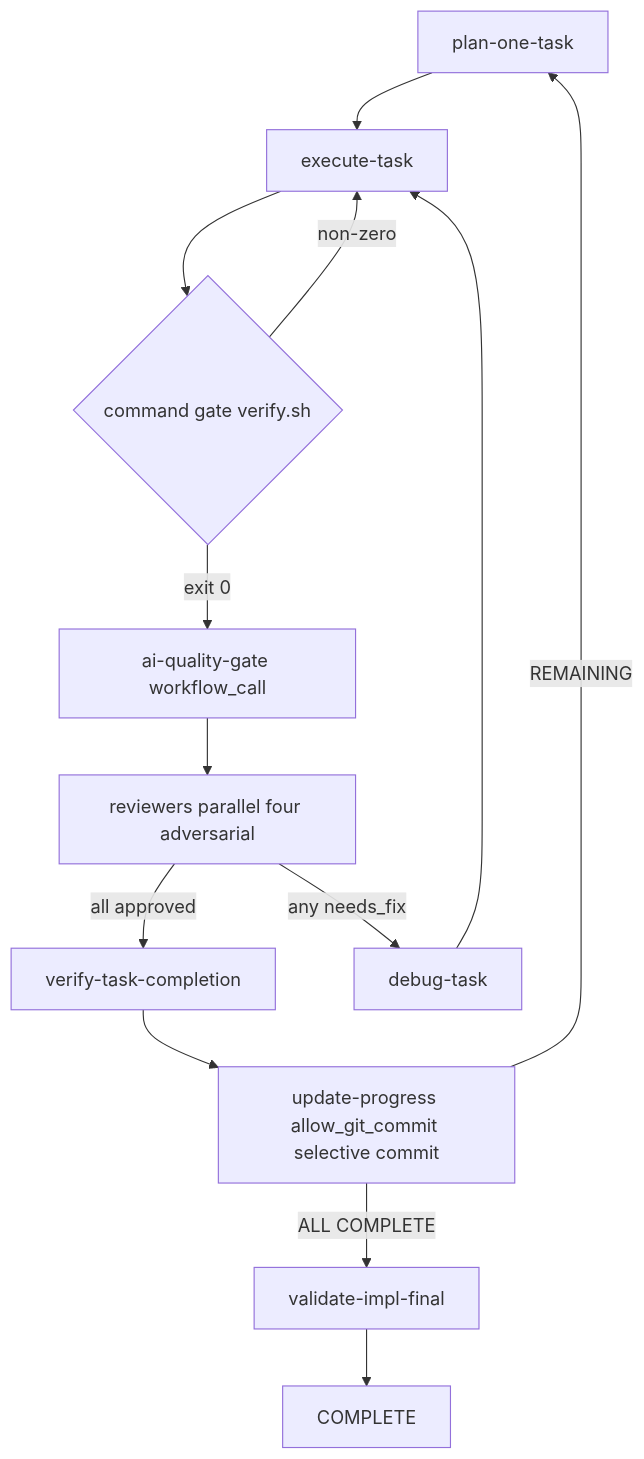
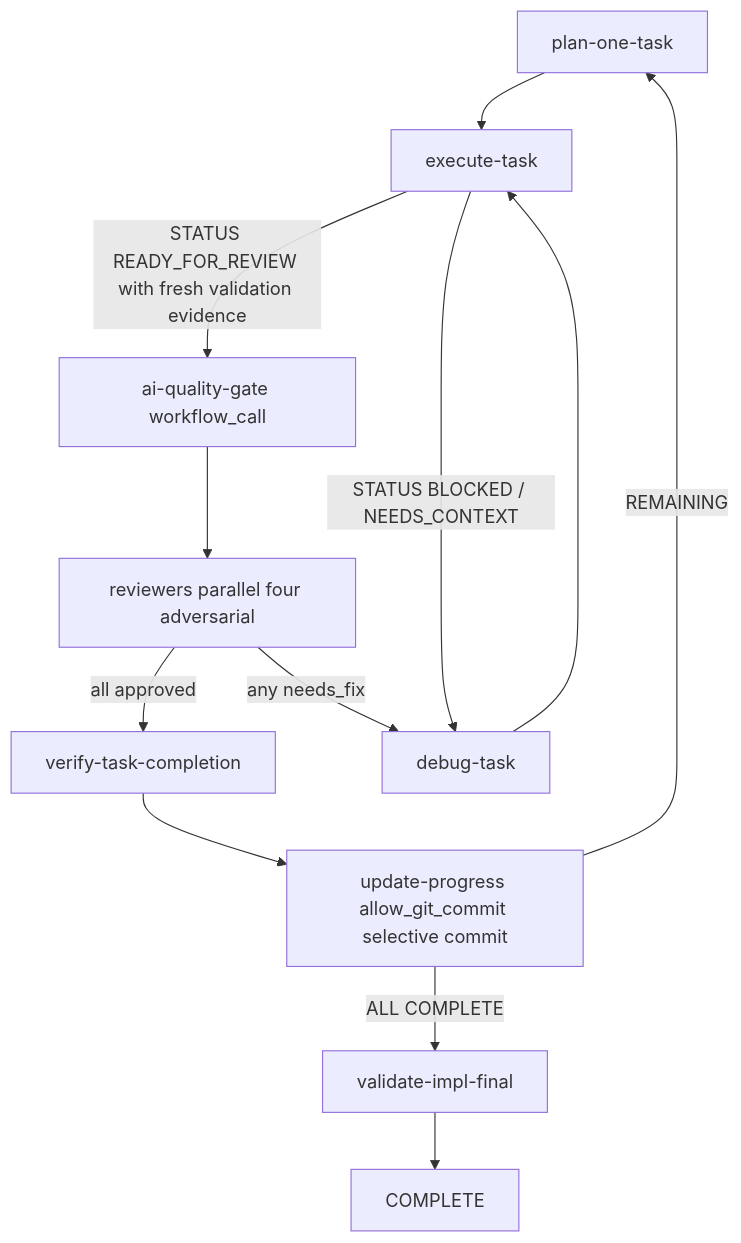
The first of 2 diagrams in .kiro/specs/kiro-impl-verification-hardening/design.md (j5ik2o/takt-sdd), drawn with Mermaid before and after one commit. The commit also changed other lines of this file and 18 other files, not shown here.

Commit message:
fix(kiro-impl-verification-hardening): remove unconditional command gates, reframe verification as READY_FOR_REVIEW-only evidence

````diff
--- a/.kiro/specs/kiro-impl-verification-hardening/design.md
+++ b/.kiro/specs/kiro-impl-verification-hardening/design.md
@@ -67,15 +67,14 @@
 ```mermaid
 graph TB
     Plan[plan-one-task] --> Execute[execute-task]
-    Execute --> GateE{command gate verify.sh}
-    GateE -->|exit 0| AIGate[ai-quality-gate workflow_call]
-    GateE -->|non-zero| Execute
+    Execute -->|STATUS READY_FOR_REVIEW with fresh validation evidence| AIGate[ai-quality-gate workflow_call]
+    Execute -->|STATUS BLOCKED / NEEDS_CONTEXT| Debug[debug-task]
     AIGate --> Reviewers[reviewers parallel four adversarial]
     Reviewers -->|all approved| Verify[verify-task-completion]
     Reviewers -->|any needs_fix| Debug[debug-task]
     Debug --> Execute
     Verify --> Update[update-progress allow_git_commit selective commit]
     Update -->|REMAINING| Plan
     Update -->|ALL COMPLETE| Final[validate-impl-final]
     Final --> Done[COMPLETE]
 ```
````
